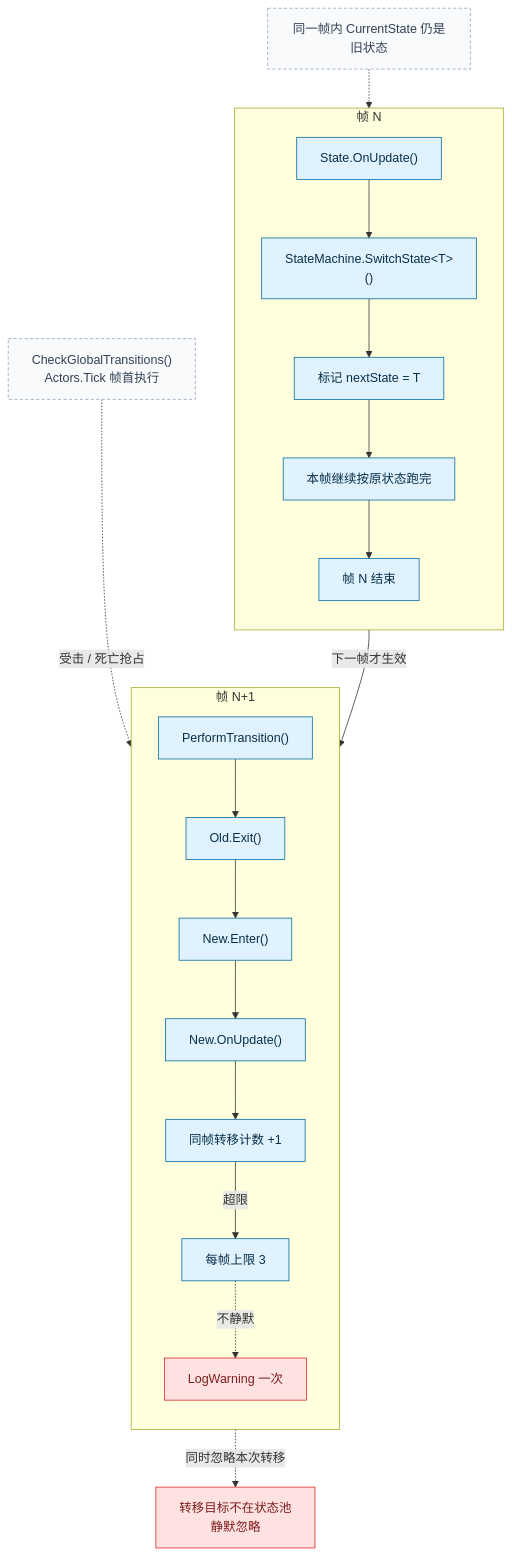
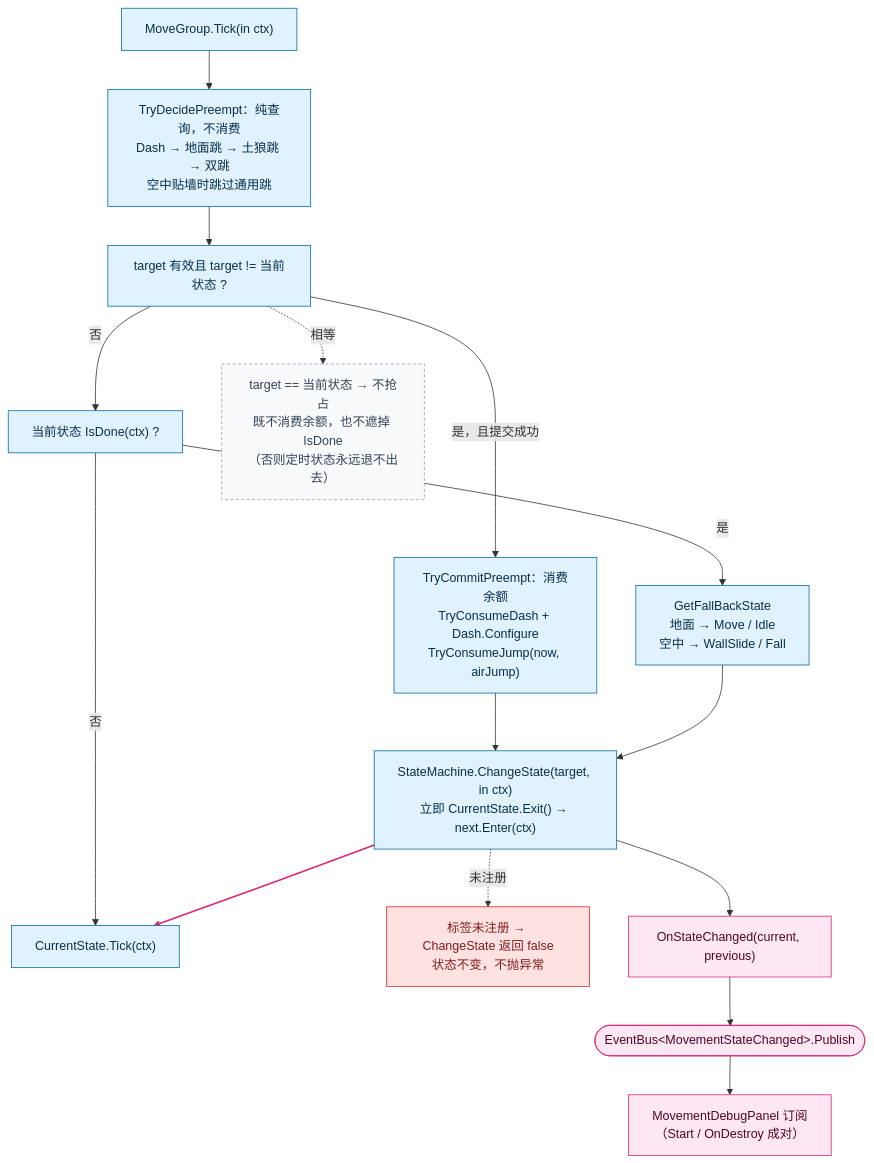
The diagram in Docs/框架设计/sources/03-state-machine.mmd (5FYZhou/deepseaoil), drawn with Mermaid before and after one commit. The commit also changed 7 other files, not shown here.

First line of the commit message:
docs(framework): 蓝图并入上游逻辑层事实；新增 §15 现状 / §16 缺陷登记；图源与图块同步

```diff
--- a/Docs/框架设计/sources/03-state-machine.mmd
+++ b/Docs/框架设计/sources/03-state-machine.mmd
@@ -1,47 +1,48 @@
-%% 图3｜状态机语义｜回答：SwitchState 之后，同一帧还能读到新状态吗？
-%% 读法：上下两个子图 = 相邻两帧，不是并列分支；灰色注解不是流程节点。
-%% 维护：每帧上限 3 必须与 maxTransitionsPerFrame 的默认值一致。
+%% 图3｜状态机语义｜回答：切换发生在同一帧还是下一帧？谁决定切谁？
+%% 读法：全部在一个物理帧内完成 —— ChangeState 是**立即** Exit→Enter，不存在「下帧才生效」。
+%%       决策权不在状态机：StateMachine 只执行「叫我切谁就切谁」，MoveGroup 负责全部仲裁。
+%% 维护：优先级链必须与 MoveGroup.TryDecidePreempt 一致；状态数量必须与 MovementStateTag 一致。
 flowchart TD
-  subgraph FN["帧 N"]
-    direction TB
-    Old["State.OnUpdate()"]
-    Req["StateMachine.SwitchState&lt;T&gt;()"]
-    Mark["标记 nextState = T"]
-    Run["本帧继续按原状态跑完"]
-    EndN["帧 N 结束"]
-    Old --> Req
-    Req --> Mark
-    Mark --> Run
-    Run --> EndN
-  end
+  T0["MoveGroup.Tick(in ctx)"]
+  D1["TryDecidePreempt：纯查询，不消费<br/>Dash → 地面跳 → 土狼跳 → 双跳<br/>空中贴墙时跳过通用跳"]
+  D2["target 有效且 target != 当前状态 ?"]
+  C1["TryCommitPreempt：消费余额<br/>TryConsumeDash + Dash.Configure<br/>TryConsumeJump(now, airJump)"]
+  D3["当前状态 IsDone(ctx) ?"]
+  FB["GetFallBackState<br/>地面 → Move / Idle<br/>空中 → WallSlide / Fall"]
+  CS["StateMachine.ChangeState(target, in ctx)<br/>立即 CurrentState.Exit() → next.Enter(ctx)"]
+  Tick["CurrentState.Tick(ctx)"]
 
-  subgraph FN1["帧 N+1"]
-    direction TB
-    Trans["PerformTransition()"]
-    Exit["Old.Exit()"]
-    Enter["New.Enter()"]
-    NewUpd["New.OnUpdate()"]
-    Guard["同帧转移计数 +1"]
-    Cap["每帧上限 3"]
-    Warn["LogWarning 一次"]
-    Trans --> Exit
-    Exit --> Enter
-    Enter --> NewUpd
-    NewUpd --> Guard
-    Guard -->|"超限"| Cap
-    Cap -.->|"不静默"| Warn
-  end
+  T0 --> D1
+  D1 --> D2
+  D2 -->|"是，且提交成功"| C1
+  C1 --> CS
+  D2 -->|"否"| D3
+  D3 -->|"是"| FB
+  FB --> CS
+  D3 -->|"否"| Tick
+  CS --> Tick
 
-  Mark -->|"下一帧才生效"| Trans
-  Global["CheckGlobalTransitions()<br/>Actors.Tick 帧首执行"] -.->|"受击 / 死亡抢占"| Trans
-  Same["同一帧内 CurrentState 仍是旧状态"] -.-> Run
-  Miss["转移目标不在状态池<br/>静默忽略"]
-  Warn -.->|"同时忽略本次转移"| Miss
+  NoOp["target == 当前状态 → 不抢占<br/>既不消费余额，也不遮掉 IsDone<br/>（否则定时状态永远退不出去）"]
+  Miss["标签未注册 → ChangeState 返回 false<br/>状态不变，不抛异常"]
+  Ev["OnStateChanged(current, previous)"]
+  Bus(["EventBus&lt;MovementStateChanged&gt;.Publish"])
+  Sub["MovementDebugPanel 订阅（Start / OnDestroy 成对）"]
+
+  D2 -.->|"相等"| NoOp
+  CS -.->|"未注册"| Miss
+  CS --> Ev
+  Ev --> Bus
+  Bus --> Sub
 
   classDef frame fill:#e0f2fe,stroke:#0369a1,color:#082f49
   classDef warn fill:#fee2e2,stroke:#dc2626,color:#7f1d1d
   classDef note fill:#f8fafc,stroke:#94a3b8,color:#334155,stroke-dasharray:4 3
+  classDef core fill:#fce7f3,stroke:#db2777,color:#500724
 
-  class Old,Req,Mark,Run,EndN,Trans,Exit,Enter,NewUpd,Guard,Cap frame
-  class Warn,Miss warn
-  class Same,Global note
+  class T0,D1,D2,C1,D3,FB,CS,Tick frame
+  class Miss warn
+  class NoOp note
+  class Ev,Bus,Sub core
+
+  %% 关键边 CS->Tick 是第 9 条边（下标 8，共 14 条边）：同帧内切换后立刻用新状态跑一次
+  linkStyle 8 stroke:#db2777,stroke-width:2px
```
